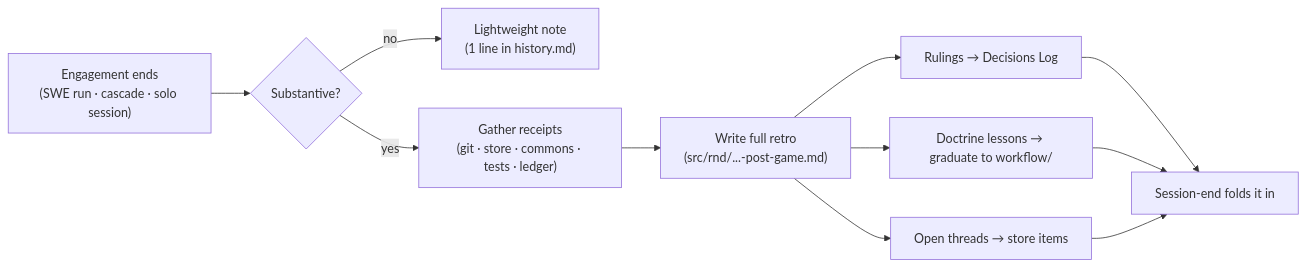
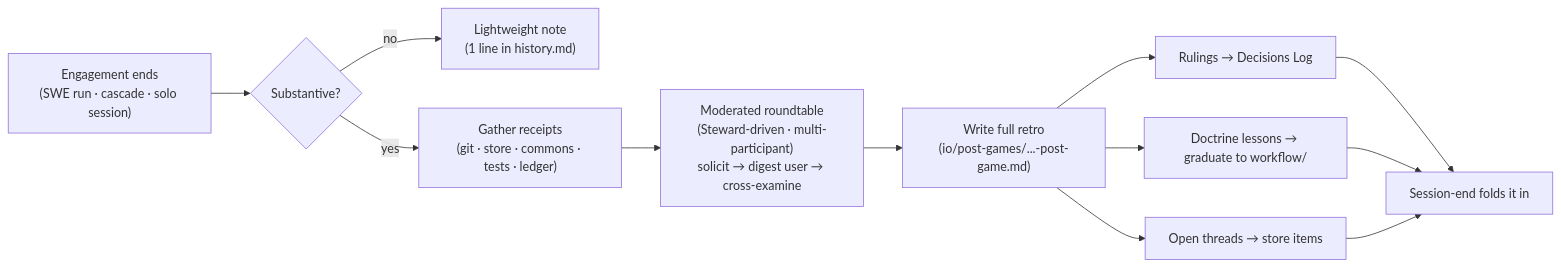
One commit to deepily/planning-is-prompting changed the diagram in workflow/post-game.md. Above: the diagram before and after it, drawn with Mermaid. The commit also changed other lines of this file and 30 other files, not shown here.

````diff
--- a/workflow/post-game.md
+++ b/workflow/post-game.md
@@ -122,13 +142,14 @@
 ```mermaid
 flowchart LR
     E["Engagement ends<br/>(SWE run · cascade · solo session)"] --> S{"Substantive?"}
     S -- "no" --> N["Lightweight note<br/>(1 line in history.md)"]
     S -- "yes" --> G["Gather receipts<br/>(git · store · commons · tests · ledger)"]
-    G --> W["Write full retro<br/>(src/rnd/...-post-game.md)"]
+    G --> M["Moderated roundtable<br/>(Steward-driven · multi-participant)<br/>solicit → digest user → cross-examine"]
+    M --> W["Write full retro<br/>(io/post-games/...-post-game.md)"]
     W --> R["Rulings → Decisions Log"]
     W --> D["Doctrine lessons → graduate to workflow/"]
     W --> O["Open threads → store items"]
     R --> X["Session-end folds it in"]
     D --> X
     O --> X
 ```
````
